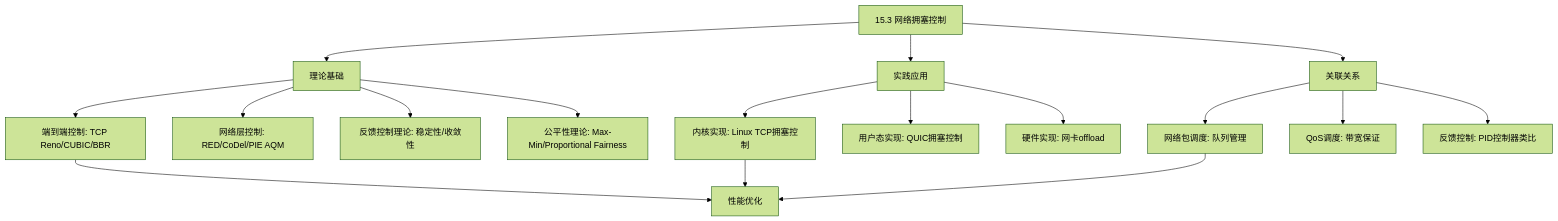
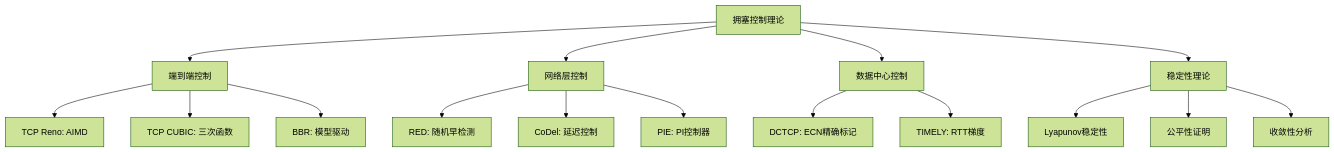
One commit to AdaMartin18010/FormalScience changed the first of 2 diagrams in Composed/schedule_formal_view/15_网络调度系统/15.3_网络拥塞控制.md. Above: the diagram before and after it, drawn with Mermaid (forest theme). The commit also changed other lines of this file and 883 other files, not shown here.

````diff
--- a/Composed/schedule_formal_view/15_网络调度系统/15.3_网络拥塞控制.md
+++ b/Composed/schedule_formal_view/15_网络调度系统/15.3_网络拥塞控制.md
@@ -144,23 +69,22 @@
 ```mermaid
 graph TD
-    A[15.3 网络拥塞控制] --> B[理论基础]
-    A --> C[实践应用]
-    A --> D[关联关系]
+    A[拥塞控制理论] --> B[端到端控制]
+    A --> C[网络层控制]
+    A --> D[数据中心控制]
+    A --> E[稳定性理论]
 
-    B --> B1[端到端控制: TCP Reno/CUBIC/BBR]
-    B --> B2[网络层控制: RED/CoDel/PIE AQM]
-    B --> B3[反馈控制理论: 稳定性/收敛性]
-    B --> B4[公平性理论: Max-Min/Proportional Fairness]
+    B --> B1[TCP Reno: AIMD]
+    B --> B2[TCP CUBIC: 三次函数]
+    B --> B3[BBR: 模型驱动]
 
-    C --> C1[内核实现: Linux TCP拥塞控制]
-    C --> C2[用户态实现: QUIC拥塞控制]
-    C --> C3[硬件实现: 网卡offload]
+    C --> C1[RED: 随机早检测]
+    C --> C2[CoDel: 延迟控制]
+    C --> C3[PIE: PI控制器]
 
-    D --> D1[网络包调度: 队列管理]
-    D --> D2[QoS调度: 带宽保证]
-    D --> D3[反馈控制: PID控制器类比]
+    D --> D1[DCTCP: ECN精确标记]
+    D --> D2[TIMELY: RTT梯度]
 
-    B1 --> E[性能优化]
-    C1 --> E
-    D1 --> E
+    E --> E1[Lyapunov稳定性]
+    E --> E2[公平性证明]
+    E --> E3[收敛性分析]
 ```
````
